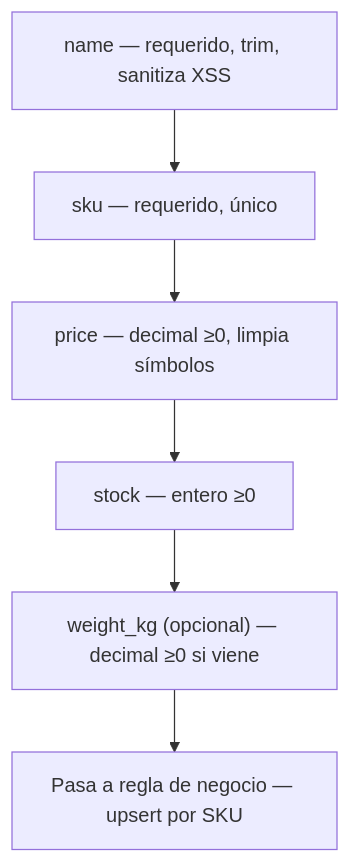
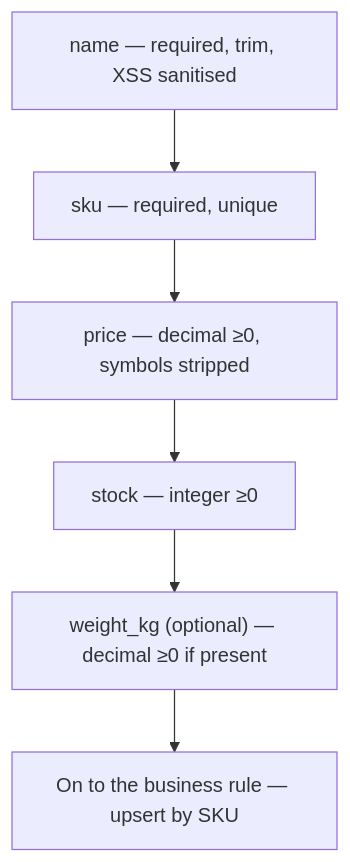
Before and after one commit to alejandrogalaz21/e-comerce: the fourth of 7 diagrams in docs/initial.md, drawn with Mermaid. The commit also changed other lines of this file and 1 other file, not shown here.

````diff
--- a/docs/initial.md
+++ b/docs/initial.md
@@ -265,8 +268,8 @@
 ```mermaid
 flowchart TD
-    A["name — requerido, trim, sanitiza XSS"] --> B["sku — requerido, único"]
-    B --> C["price — decimal ≥0, limpia símbolos"]
-    C --> D["stock — entero ≥0"]
-    D --> E["weight_kg (opcional) — decimal ≥0 si viene"]
-    E --> F["Pasa a regla de negocio — upsert por SKU"]
+    A["name — required, trim, XSS sanitised"] --> B["sku — required, unique"]
+    B --> C["price — decimal ≥0, symbols stripped"]
+    C --> D["stock — integer ≥0"]
+    D --> E["weight_kg (optional) — decimal ≥0 if present"]
+    E --> F["On to the business rule — upsert by SKU"]
 ```
````
